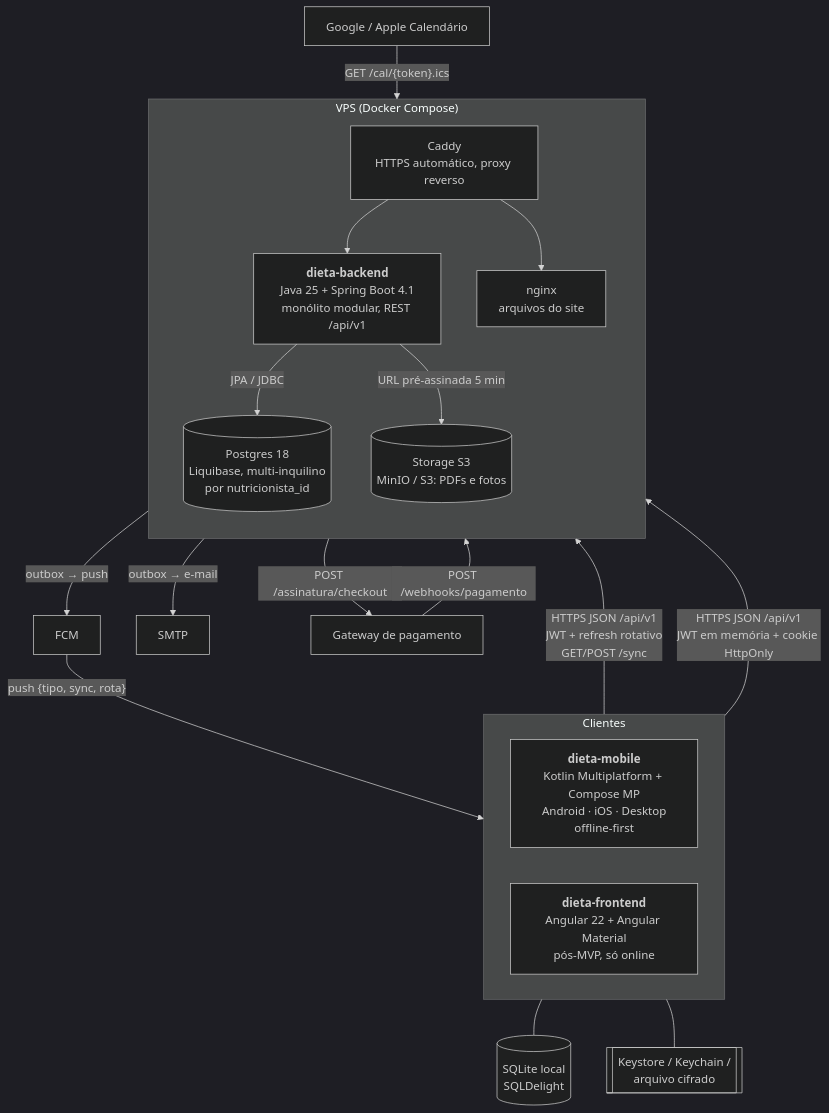
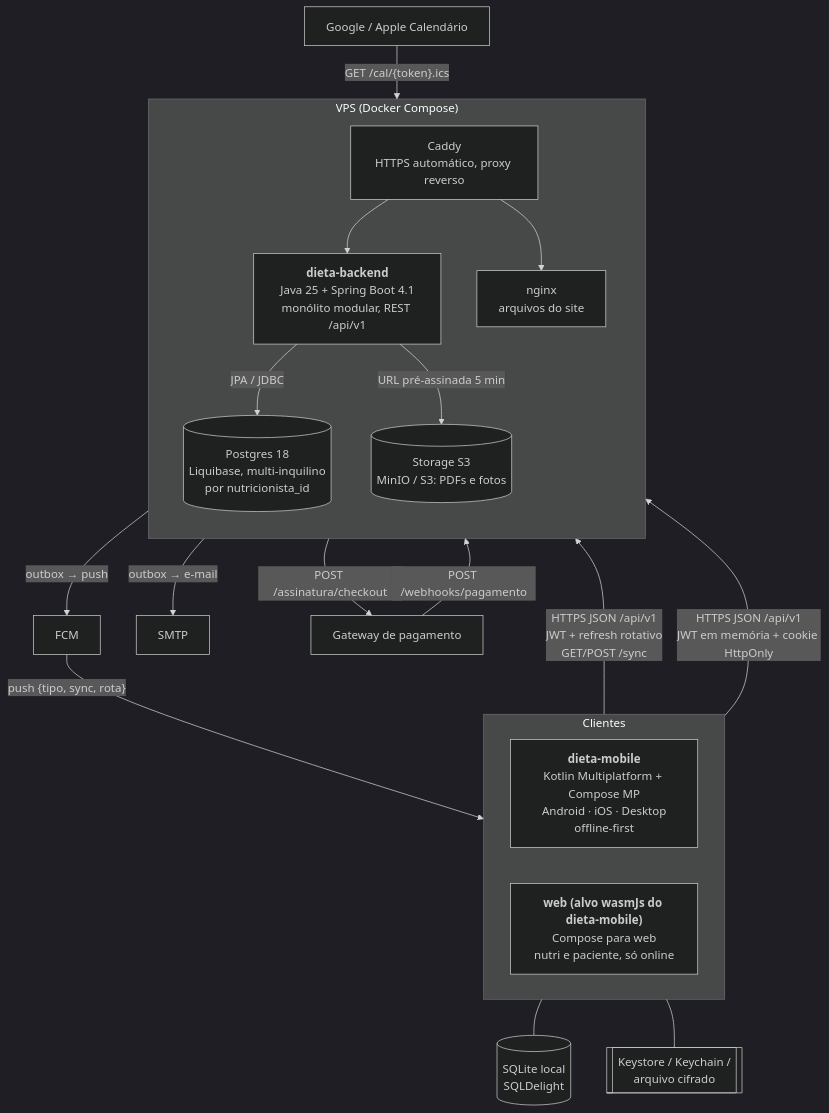
Before and after one commit to guilherme-oliveria/dieta-mobile: the second of 13 diagrams in docs/arquitetura/diagramas.md, drawn with Mermaid (dark theme). The commit also changed other lines of this file and 700 other files, not shown here.

````diff
--- a/docs/arquitetura/diagramas.md
+++ b/docs/arquitetura/diagramas.md
@@ -45,40 +45,40 @@
 ```mermaid
 flowchart TB
     subgraph clientes["Clientes"]
         direction LR
         mob["<b>dieta-mobile</b><br/>Kotlin Multiplatform + Compose MP<br/>Android · iOS · Desktop<br/>offline-first"]
-        web["<b>dieta-frontend</b><br/>Angular 22 + Angular Material<br/>pós-MVP, só online"]
+        web["<b>web (alvo wasmJs do dieta-mobile)</b><br/>Compose para web<br/>nutri e paciente, só online"]
     end
 
     sqlite[("SQLite local<br/>SQLDelight")]
     seguro[["Keystore / Keychain /<br/>arquivo cifrado"]]
 
     subgraph servidor["VPS (Docker Compose)"]
         direction TB
         caddy["Caddy<br/>HTTPS automático, proxy reverso"]
         api["<b>dieta-backend</b><br/>Java 25 + Spring Boot 4.1<br/>monólito modular, REST /api/v1"]
         pg[("Postgres 18<br/>Liquibase, multi-inquilino<br/>por nutricionista_id")]
         s3[("Storage S3<br/>MinIO / S3: PDFs e fotos")]
         nginx["nginx<br/>arquivos do site"]
     end
 
     fcm["FCM"]
     smtp["SMTP"]
     gw["Gateway de pagamento"]
     cal["Google / Apple Calendário"]
 
     mob -- "HTTPS JSON /api/v1<br/>JWT + refresh rotativo<br/>GET/POST /sync" --> caddy
     web -- "HTTPS JSON /api/v1<br/>JWT em memória + cookie HttpOnly" --> caddy
     caddy --> api
     caddy --> nginx
     mob --- sqlite
     mob --- seguro
     api -- "JPA / JDBC" --> pg
     api -- "URL pré-assinada 5 min" --> s3
     api -- "outbox → push" --> fcm
     fcm -- "push {tipo, sync, rota}" --> mob
     api -- "outbox → e-mail" --> smtp
     api -- "POST /assinatura/checkout" --> gw
     gw -- "POST /webhooks/pagamento" --> caddy
     cal -- "GET /cal/{token}.ics" --> caddy
 ```
````
